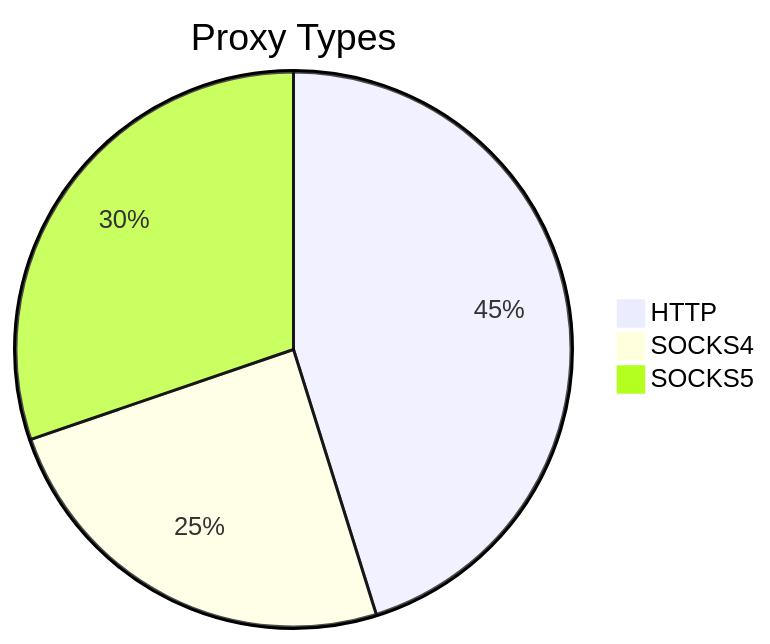
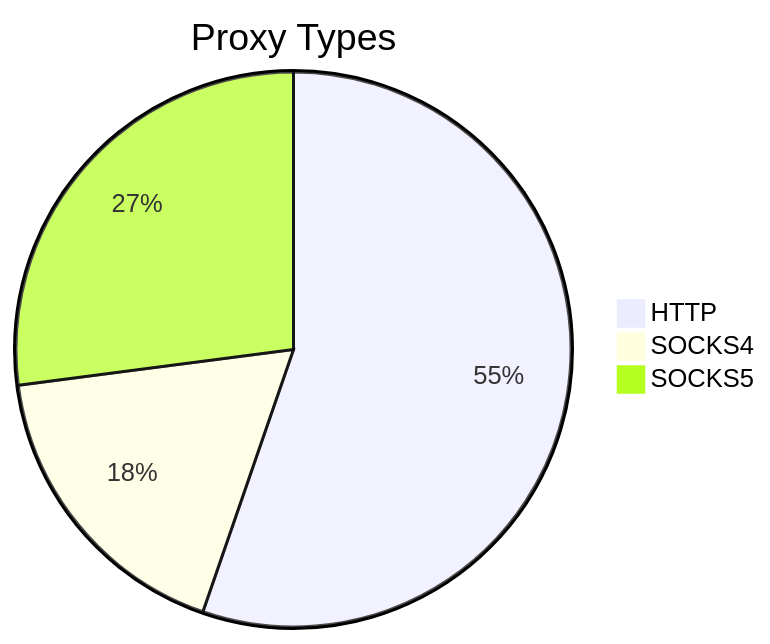
One commit to stormsia/proxy-list changed the first of 2 diagrams in README.md. Above: the diagram before and after it, drawn with Mermaid. The commit also changed other lines of this file, not shown here.

````diff
--- a/README.md
+++ b/README.md
@@ -21,6 +21,6 @@
 ```mermaid
 pie title Proxy Types
-    "HTTP" : 239
-    "SOCKS4" : 130
-    "SOCKS5" : 160
+    "HTTP" : 235
+    "SOCKS4" : 75
+    "SOCKS5" : 115
 ```
````
